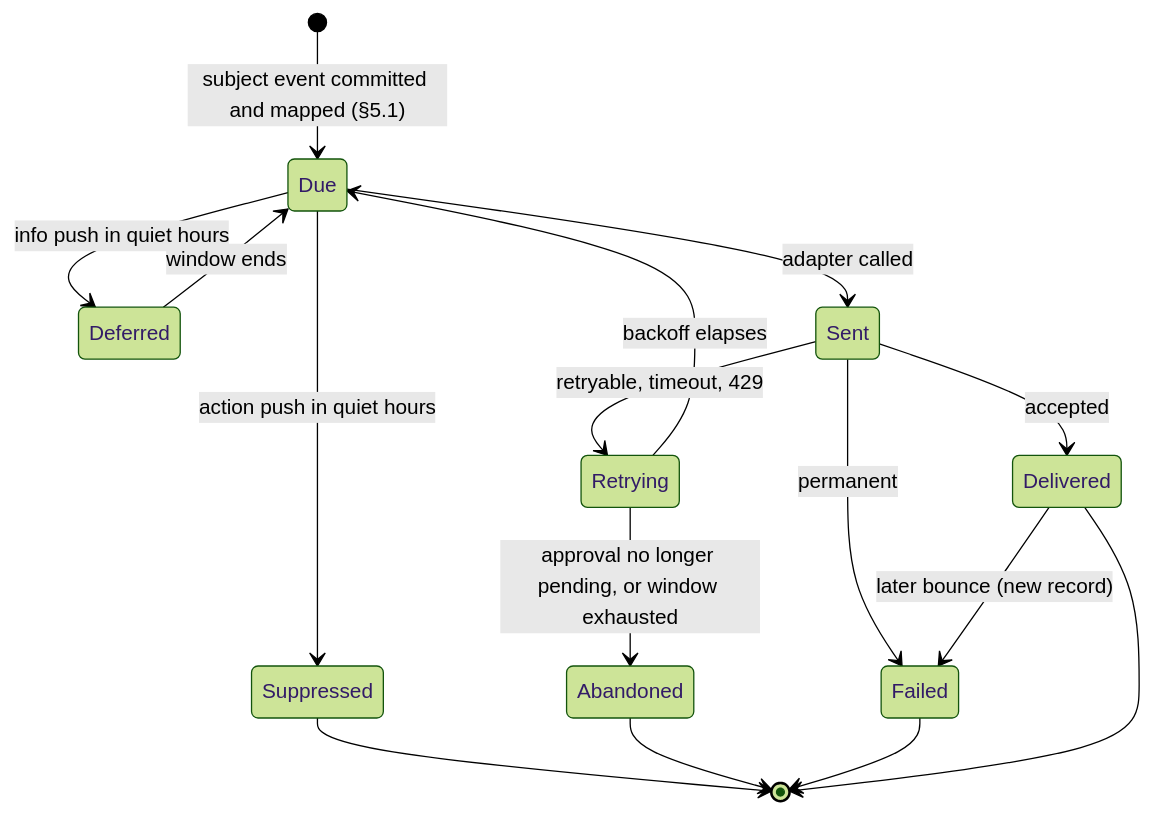
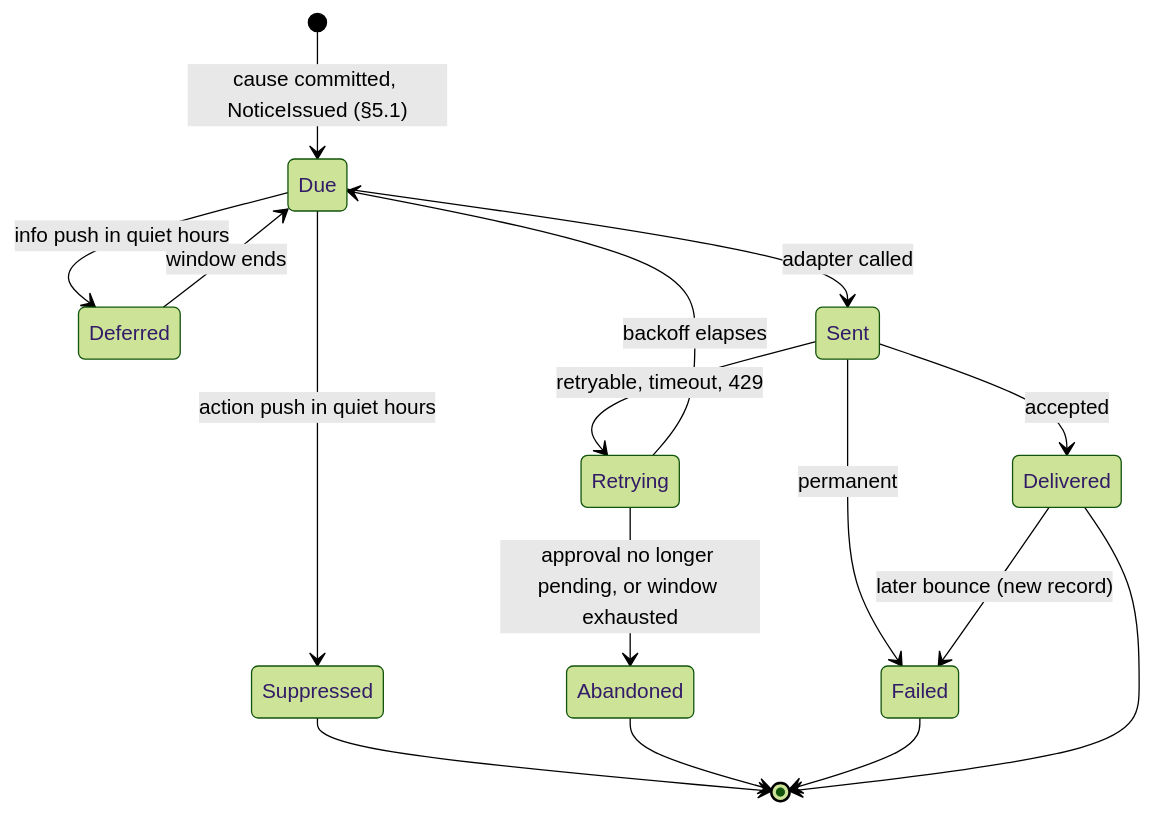
The diagram in docs/specs/notifications.md (kunwarshivam/mandate), drawn with Mermaid (forest theme) before and after one commit. The commit also changed other lines of this file and 4 other files, not shown here.

````diff
--- a/docs/specs/notifications.md
+++ b/docs/specs/notifications.md
@@ -411,18 +488,18 @@
 ```mermaid
 stateDiagram-v2
-    [*] --> Due: subject event committed and mapped (§5.1)
+    [*] --> Due: cause committed, NoticeIssued (§5.1)
     Due --> Suppressed: action push in quiet hours
     Due --> Deferred: info push in quiet hours
     Deferred --> Due: window ends
     Due --> Sent: adapter called
     Sent --> Delivered: accepted
     Sent --> Retrying: retryable, timeout, 429
     Retrying --> Due: backoff elapses
     Retrying --> Abandoned: approval no longer pending, or window exhausted
     Sent --> Failed: permanent
     Delivered --> Failed: later bounce (new record)
     Suppressed --> [*]
     Abandoned --> [*]
     Failed --> [*]
     Delivered --> [*]
 ```
````
